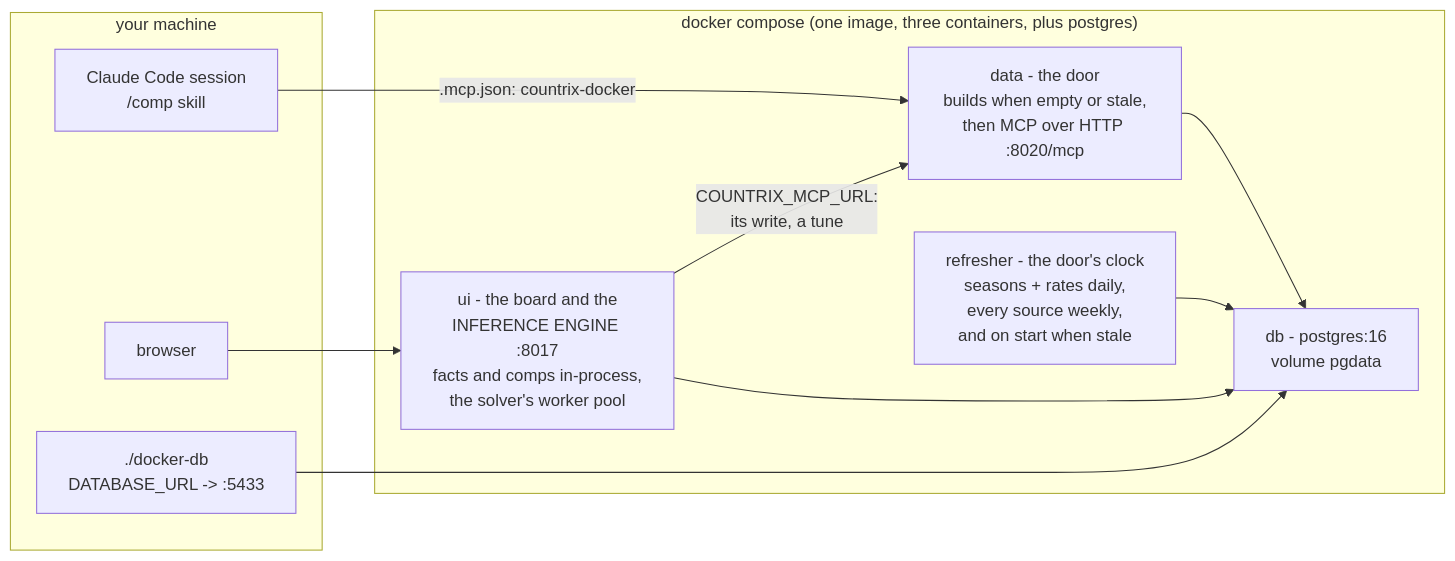
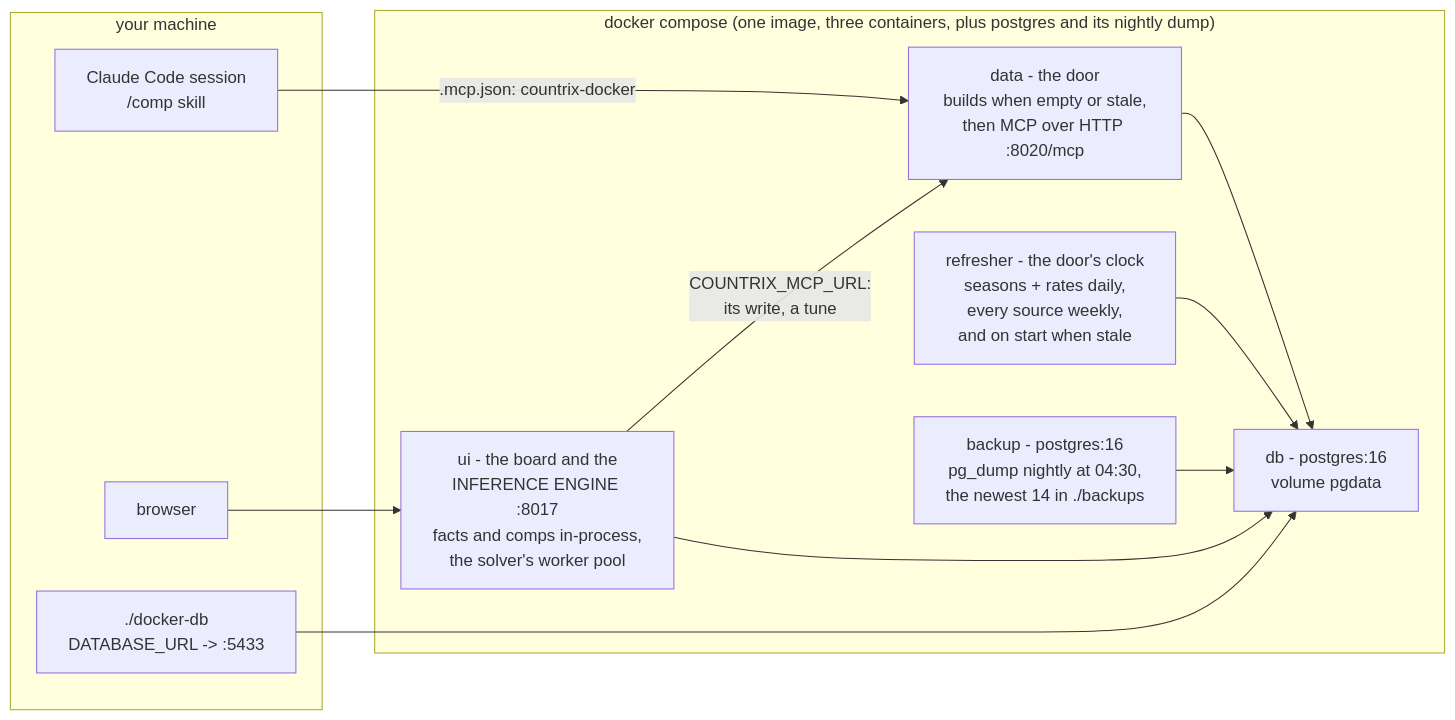
The second of 2 diagrams in docs/architecture.md (mmikol/countrix), drawn with Mermaid before and after one commit. The commit also changed other lines of this file and 11 other files, not shown here.

````diff
--- a/docs/architecture.md
+++ b/docs/architecture.md
@@ -119,21 +120,23 @@
 ```mermaid
 flowchart LR
     subgraph HOST["your machine"]
         SESSION["Claude Code session<br/>/comp skill"]
         BROWSER["browser"]
         SHELL["./docker-db<br/>DATABASE_URL -> :5433"]
     end
-    subgraph DOCKER["docker compose (one image, three containers, plus postgres)"]
+    subgraph DOCKER["docker compose (one image, three containers, plus postgres and its nightly dump)"]
         DATA["data - the door<br/>builds when empty or stale,<br/>then MCP over HTTP :8020/mcp"]
         UI["ui - the board and the<br/>INFERENCE ENGINE :8017<br/>facts and comps in-process,<br/>the solver's worker pool"]
         DBC["db - postgres:16<br/>volume pgdata"]
         REF["refresher - the door's clock<br/>seasons + rates daily,<br/>every source weekly,<br/>and on start when stale"]
+        BAK["backup - postgres:16<br/>pg_dump nightly at 04:30,<br/>the newest 14 in ./backups"]
     end
     SESSION -->|".mcp.json: countrix-docker"| DATA
     BROWSER --> UI
     UI -->|"COUNTRIX_MCP_URL:<br/>its write, a tune"| DATA
     UI --> DBC
     DATA --> DBC
     SHELL --> DBC
     REF --> DBC
+    BAK --> DBC
 ```
````
